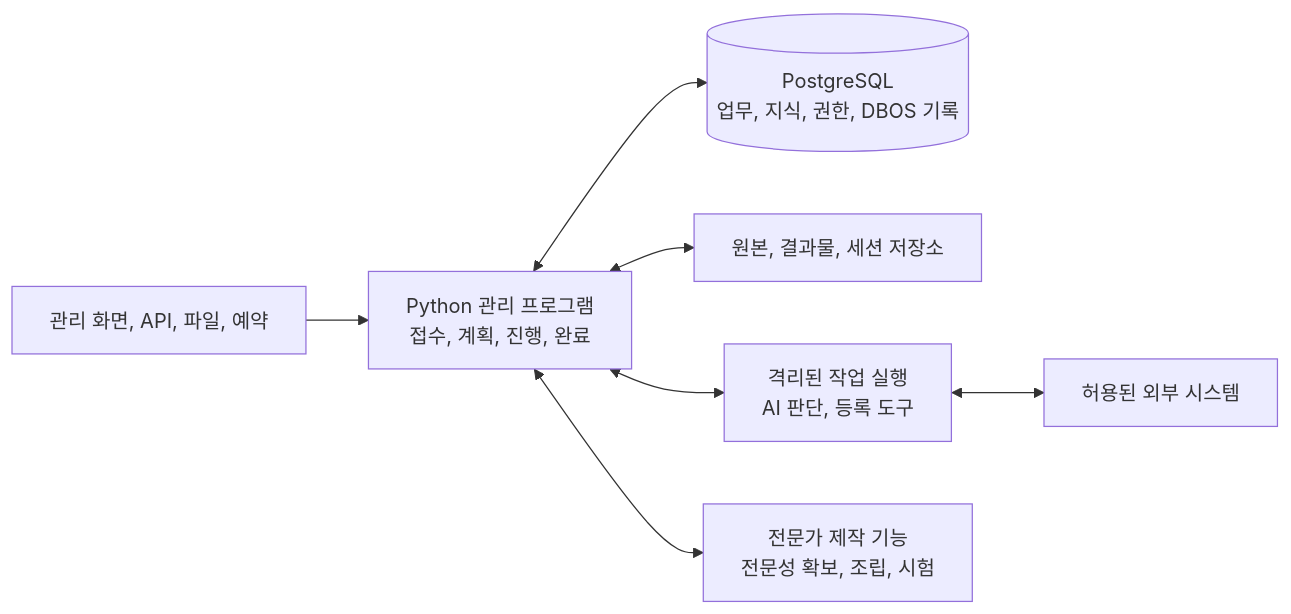
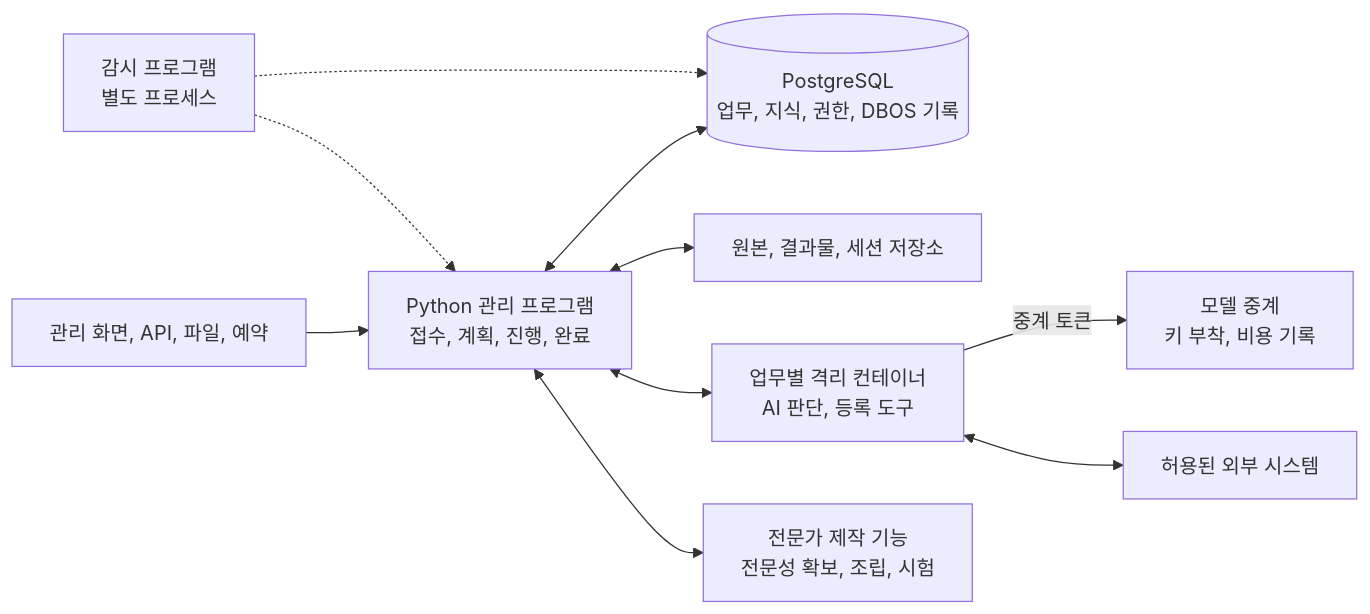
The diagram in 공장 구현 설계.md (harisbaguette/expert), drawn with Mermaid before and after one commit. The commit also changed other lines of this file, not shown here.

````diff
--- a/공장 구현 설계.md
+++ b/공장 구현 설계.md
@@ -26,9 +28,12 @@
 ```mermaid
 flowchart LR
     A["관리 화면, API, 파일, 예약"] --> B["Python 관리 프로그램<br/>접수, 계획, 진행, 완료"]
     B <--> C[("PostgreSQL<br/>업무, 지식, 권한, DBOS 기록")]
     B <--> D["원본, 결과물, 세션 저장소"]
-    B <--> E["격리된 작업 실행<br/>AI 판단, 등록 도구"]
+    B <--> E["업무별 격리 컨테이너<br/>AI 판단, 등록 도구"]
+    E -- "중계 토큰" --> H["모델 중계<br/>키 부착, 비용 기록"]
     E <--> F["허용된 외부 시스템"]
     B <--> G["전문가 제작 기능<br/>전문성 확보, 조립, 시험"]
+    M["감시 프로그램<br/>별도 프로세스"] -.-> B
+    M -.-> C
 ```
````
